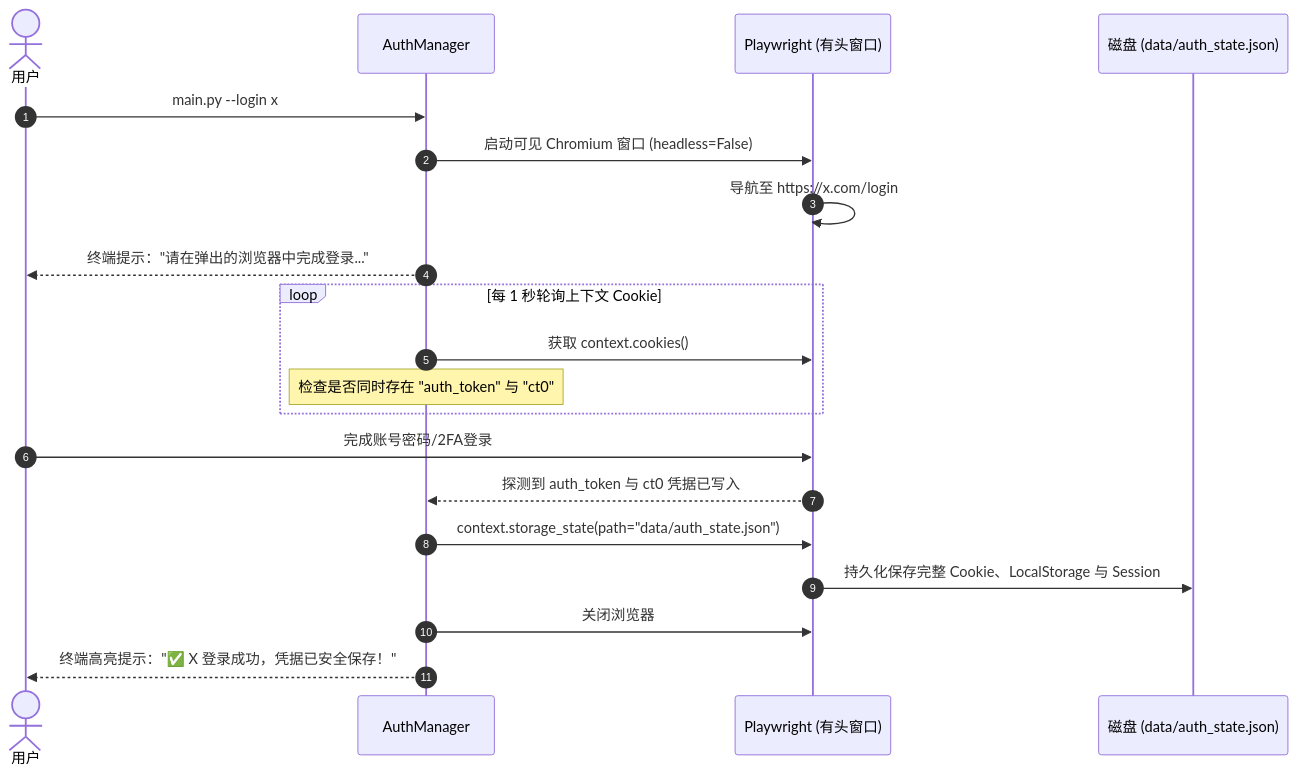
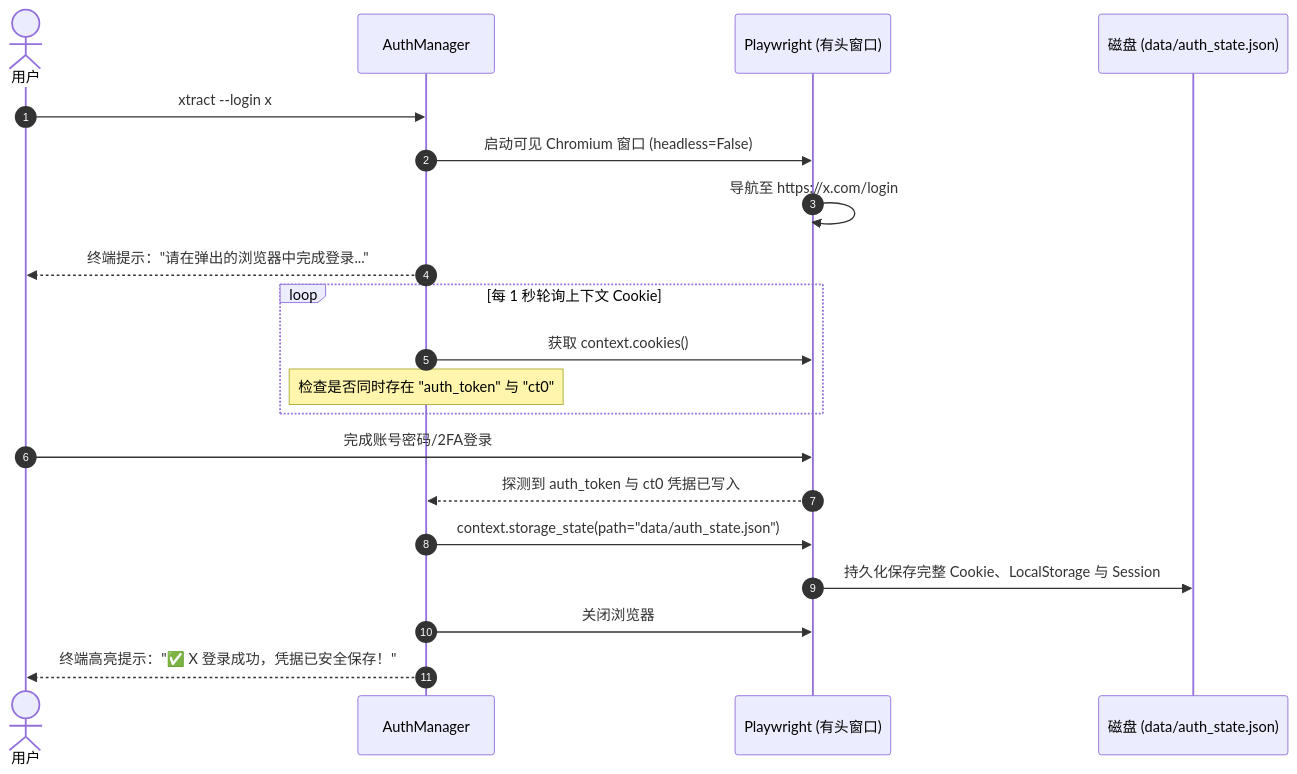
Before and after one commit to monkeychen/xtract: the third of 5 diagrams in docs/detailed_design.md, drawn with Mermaid. The commit also changed other lines of this file and 9 other files, not shown here.

Commit message:
docs: purge all python references and standardize documentation on typescript/node architecture

````diff
--- a/docs/detailed_design.md
+++ b/docs/detailed_design.md
@@ -135,25 +135,25 @@
 ```mermaid
 sequenceDiagram
     autonumber
     actor User as 用户
     participant Auth as AuthManager
     participant PW as Playwright (有头窗口)
     participant FS as 磁盘 (data/auth_state.json)
 
-    User->>Auth: main.py --login x
+    User->>Auth: xtract --login x
     Auth->>PW: 启动可见 Chromium 窗口 (headless=False)
     PW->>PW: 导航至 https://x.com/login
     Auth-->>User: 终端提示："请在弹出的浏览器中完成登录..."
     
     loop 每 1 秒轮询上下文 Cookie
         Auth->>PW: 获取 context.cookies()
         Note over Auth: 检查是否同时存在 "auth_token" 与 "ct0"
     end
 
     User->>PW: 完成账号密码/2FA登录
     PW-->>Auth: 探测到 auth_token 与 ct0 凭据已写入
     Auth->>PW: context.storage_state(path="data/auth_state.json")
     PW->>FS: 持久化保存完整 Cookie、LocalStorage 与 Session
     Auth->>PW: 关闭浏览器
     Auth-->>User: 终端高亮提示："✅ X 登录成功，凭据已安全保存！"
 ```
````
